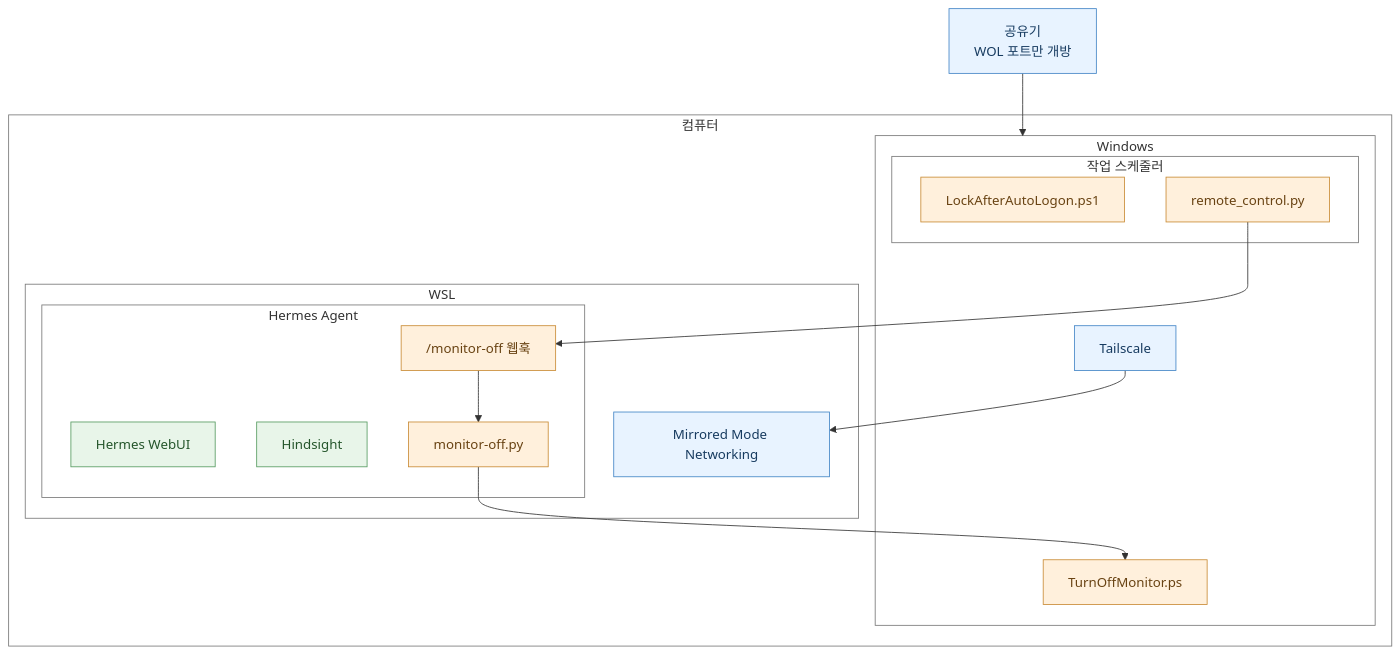
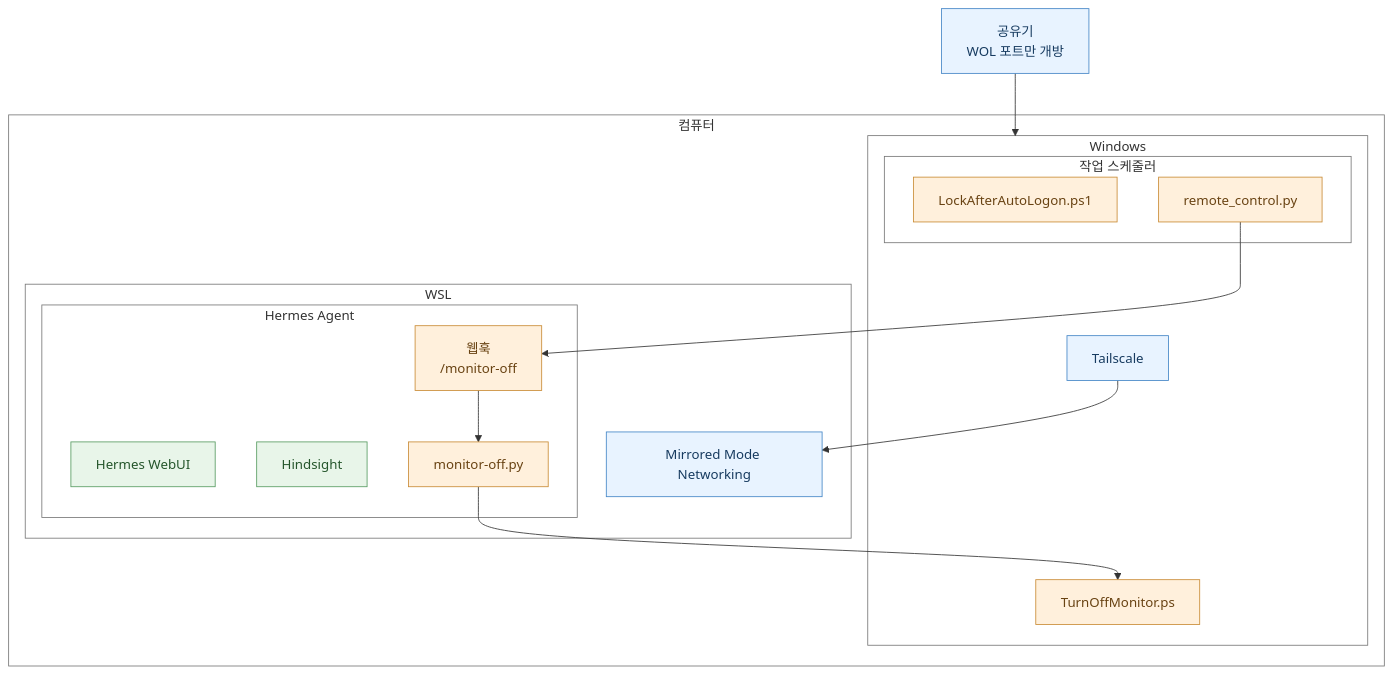
Before and after one commit to liminal-still-exists/hermes-agent-infra: the diagram in README.md, drawn with Mermaid.

Commit message:
Update Webhook label in README.md

````diff
--- a/README.md
+++ b/README.md
@@ -1,48 +1,48 @@
 ```mermaid
 flowchart TB
     Router["공유기<br/>WOL 포트만 개방"]
 
     subgraph Computer["컴퓨터"]
         subgraph Windows["Windows"]
             TS["Tailscale"]
 
             subgraph TaskScheduler["작업 스케줄러"]
                 Lock["LockAfterAutoLogon.ps1"]
                 RC["remote_control.py"]
             end
 
             Monitor["TurnOffMonitor.ps"]
         end
 
         subgraph WSL["WSL"]
             Net["Mirrored Mode Networking"]
 
             subgraph Hermes["Hermes Agent"]
                 WebUI["Hermes WebUI"]
                 Hindsight["Hindsight"]
-                Webhook["/monitor-off 웹훅"]
+                Webhook["웹훅<br/>/monitor-off"]
                 Script["monitor-off.py"]
             end
         end
     end
 
     Router --> Windows
     TS --> Net
     RC --> Webhook
     Webhook --> Script
     Script --> Monitor
 
     classDef network fill:#e8f3ff,stroke:#4385c6,color:#173b60
     classDef automation fill:#fff0dc,stroke:#c98b35,color:#694313
     classDef service fill:#e8f5e9,stroke:#579b61,color:#24552b
 
     class Router,TS,Net network
     class Lock,RC,Monitor,Webhook,Script automation
     class WebUI,Hindsight service
 
     style Computer fill:none,stroke:#777,stroke-width:1px
     style Windows fill:none,stroke:#777,stroke-width:1px
     style WSL fill:none,stroke:#777,stroke-width:1px
     style Hermes fill:none,stroke:#777,stroke-width:1px
     style TaskScheduler fill:none,stroke:#777,stroke-width:1px
 ```
````
